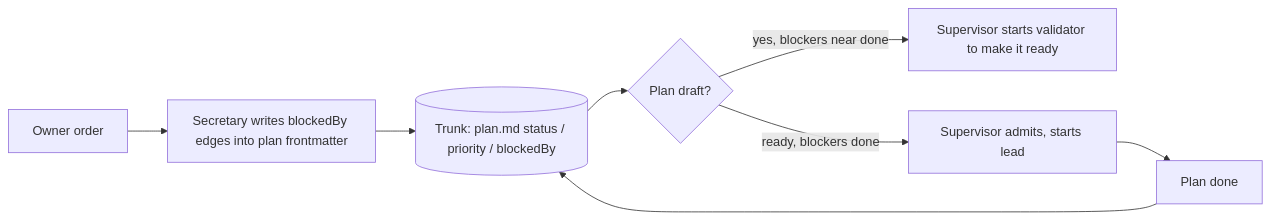
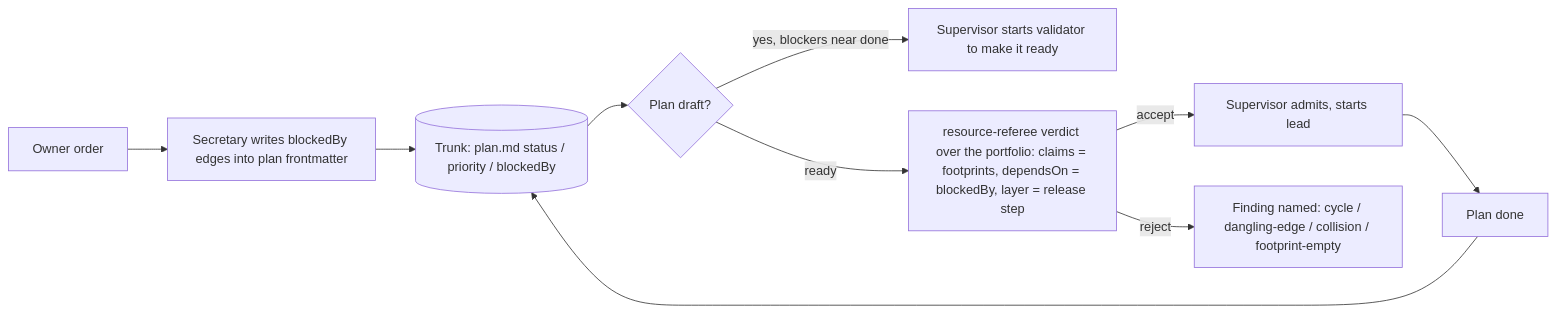
The diagram in plans/discussions/ds-ipvis4jkpc-release-chain-command/DISCUSSION.md (vantt/forgent), drawn with Mermaid before and after one commit. The commit also changed other lines of this file, not shown here.

Commit message:
discussion(release-chain-command): planners use resource-referee within and across plans

````diff
--- a/plans/discussions/ds-ipvis4jkpc-release-chain-command/DISCUSSION.md
+++ b/plans/discussions/ds-ipvis4jkpc-release-chain-command/DISCUSSION.md
@@ -63,9 +74,11 @@
 ```mermaid
 flowchart LR
   O[Owner order] --> S[Secretary writes blockedBy edges into plan frontmatter]
   S --> T[(Trunk: plan.md status / priority / blockedBy)]
   T --> V{Plan draft?}
   V -- yes, blockers near done --> P[Supervisor starts validator to make it ready]
-  V -- ready, blockers done --> A[Supervisor admits, starts lead]
+  V -- ready --> R[resource-referee verdict over the portfolio: claims = footprints, dependsOn = blockedBy, layer = release step]
+  R -- accept --> A[Supervisor admits, starts lead]
+  R -- reject --> X[Finding named: cycle / dangling-edge / collision / footprint-empty]
   A --> D[Plan done] --> T
 ```
````
